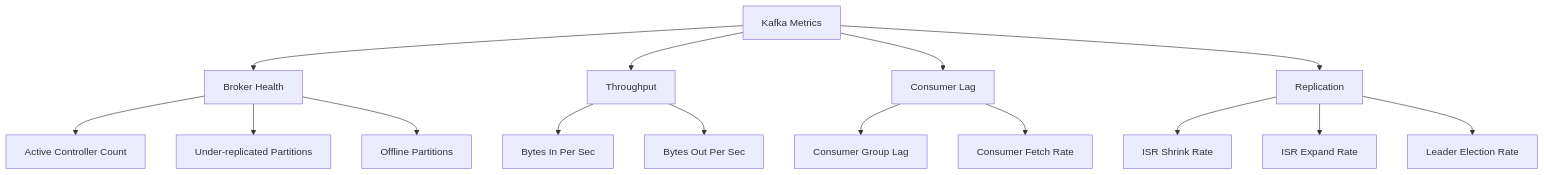
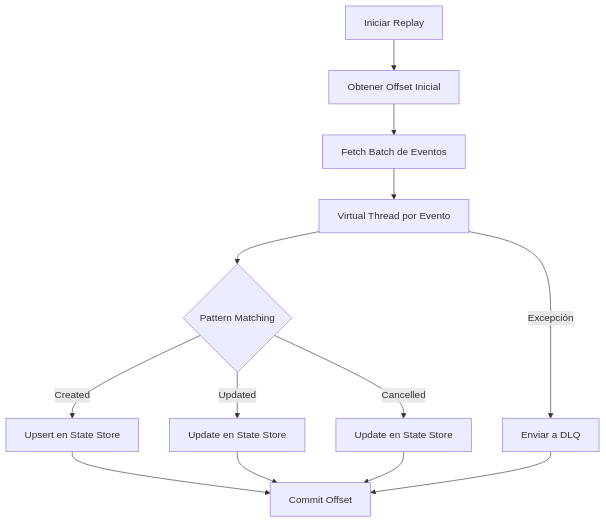
The third of 8 diagrams in _Review/event_replay_y_reconstruccion_de_estado_con_kafka/event_replay_y_reconstruccion_de_estado_con_kafka.md (Joaquinriosheredia/DAM-Java-Mastery), drawn with Mermaid before and after one commit. The commit also changed other lines of this file, not shown here.

Commit message:
Event Replay y Reconstrucción de Estado con Kafka en Java 21

````diff
--- a/_Review/event_replay_y_reconstruccion_de_estado_con_kafka/event_replay_y_reconstruccion_de_estado_con_kafka.md
+++ b/_Review/event_replay_y_reconstruccion_de_estado_con_kafka/event_replay_y_reconstruccion_de_estado_con_kafka.md
@@ -421,21 +210,15 @@
 ```mermaid
 graph TD
-    A[Kafka Metrics] --> B[Broker Health]
-    A --> C[Throughput]
-    A --> D[Consumer Lag]
-    A --> E[Replication]
-
-    B --> B1[Active Controller Count]
-    B --> B2[Under-replicated Partitions]
-    B --> B3[Offline Partitions]
-
-    C --> C1[Bytes In Per Sec]
-    C --> C2[Bytes Out Per Sec]
-
-    D --> D1[Consumer Group Lag]
-    D --> D2[Consumer Fetch Rate]
-
-    E --> E1[ISR Shrink Rate]
-    E --> E2[ISR Expand Rate]
-    E --> E3[Leader Election Rate]
+    A[Iniciar Replay] --> B[Obtener Offset Inicial]
+    B --> C[Fetch Batch de Eventos]
+    C --> D[Virtual Thread por Evento]
+    D --> E{Pattern Matching}
+    E -->|Created| F[Upsert en State Store]
+    E -->|Updated| G[Update en State Store]
+    E -->|Cancelled| H[Update en State Store]
+    F --> I[Commit Offset]
+    G --> I
+    H --> I
+    D -->|Excepción| J[Enviar a DLQ]
+    J --> I
 ```
````
